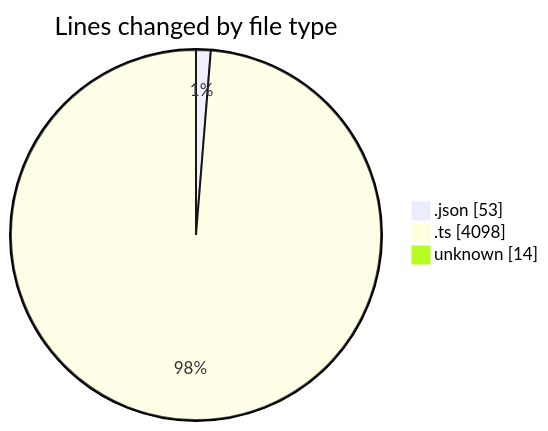
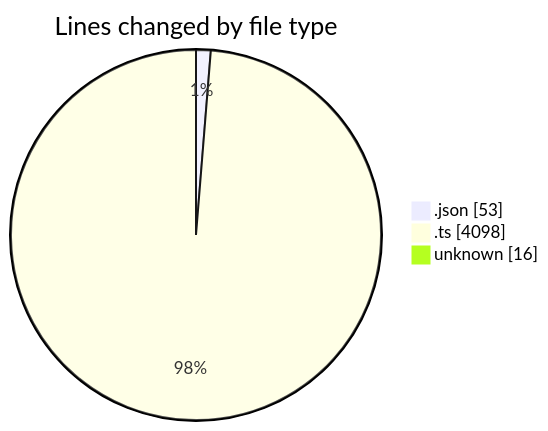
One commit to tmsrecording-cyber/code-tracking changed the first of 2 diagrams in 2026-02-01/singularitybrainai/README.md. Above: the diagram before and after it, drawn with Mermaid. The commit also changed other lines of this file and 1 other file, not shown here.

````diff
--- a/2026-02-01/singularitybrainai/README.md
+++ b/2026-02-01/singularitybrainai/README.md
@@ -24,7 +24,7 @@
 ```mermaid
 pie showData
 title Lines changed by file type
 ".json" : 53
 ".ts" : 4098
-"unknown" : 14
+"unknown" : 16
 ```
````
